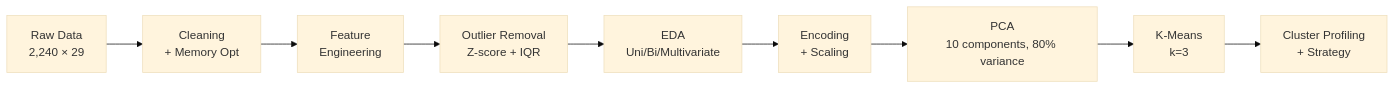
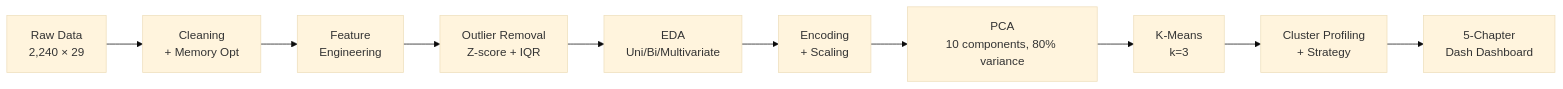
The diagram in README.md (houdhoudGH/customer-segmentation-marketing-analytics), drawn with Mermaid (base theme) before and after one commit. The commit also changed other lines of this file, not shown here.

````diff
--- a/README.md
+++ b/README.md
@@ -97,11 +126,12 @@
 ```mermaid
 graph LR
     A[Raw Data<br/>2,240 × 29] --> B[Cleaning<br/>+ Memory Opt]
     B --> C[Feature<br/>Engineering]
     C --> D[Outlier Removal<br/>Z-score + IQR]
     D --> E[EDA<br/>Uni/Bi/Multivariate]
     E --> F[Encoding<br/>+ Scaling]
     F --> G[PCA<br/>10 components, 80% variance]
     G --> H[K-Means<br/>k=3]
     H --> I[Cluster Profiling<br/>+ Strategy]
+    I --> J[5-Chapter<br/>Dash Dashboard]
 ```
````
